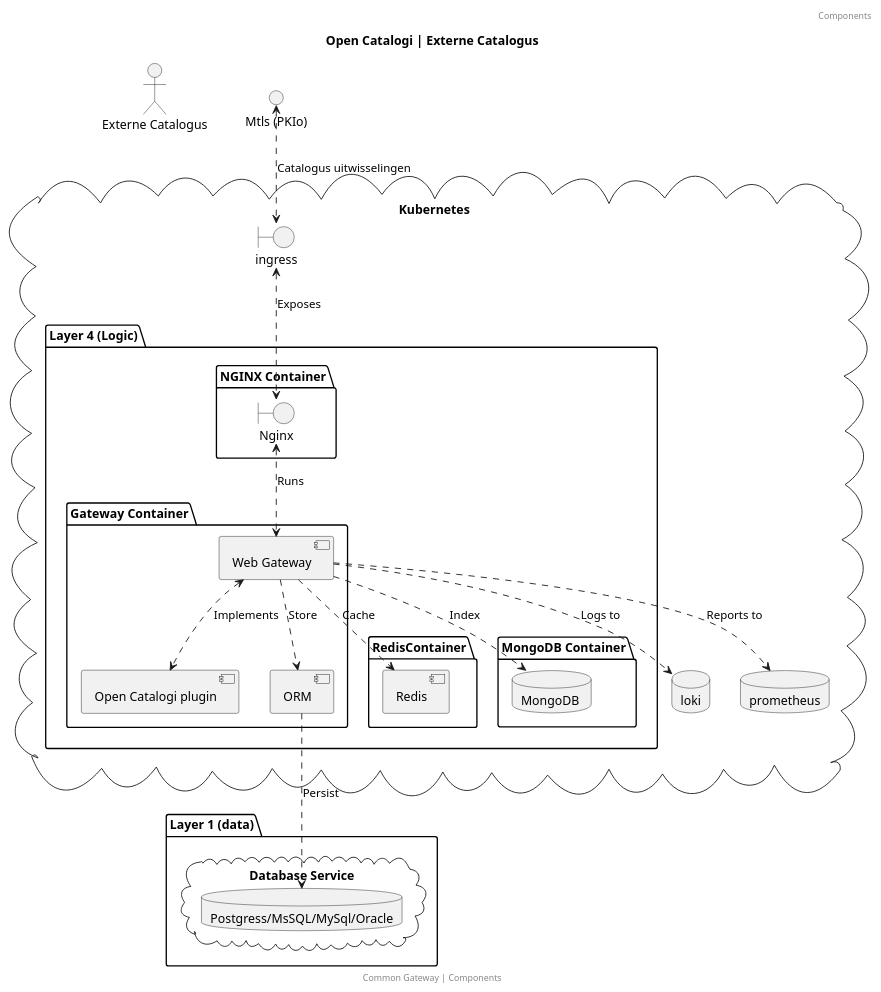
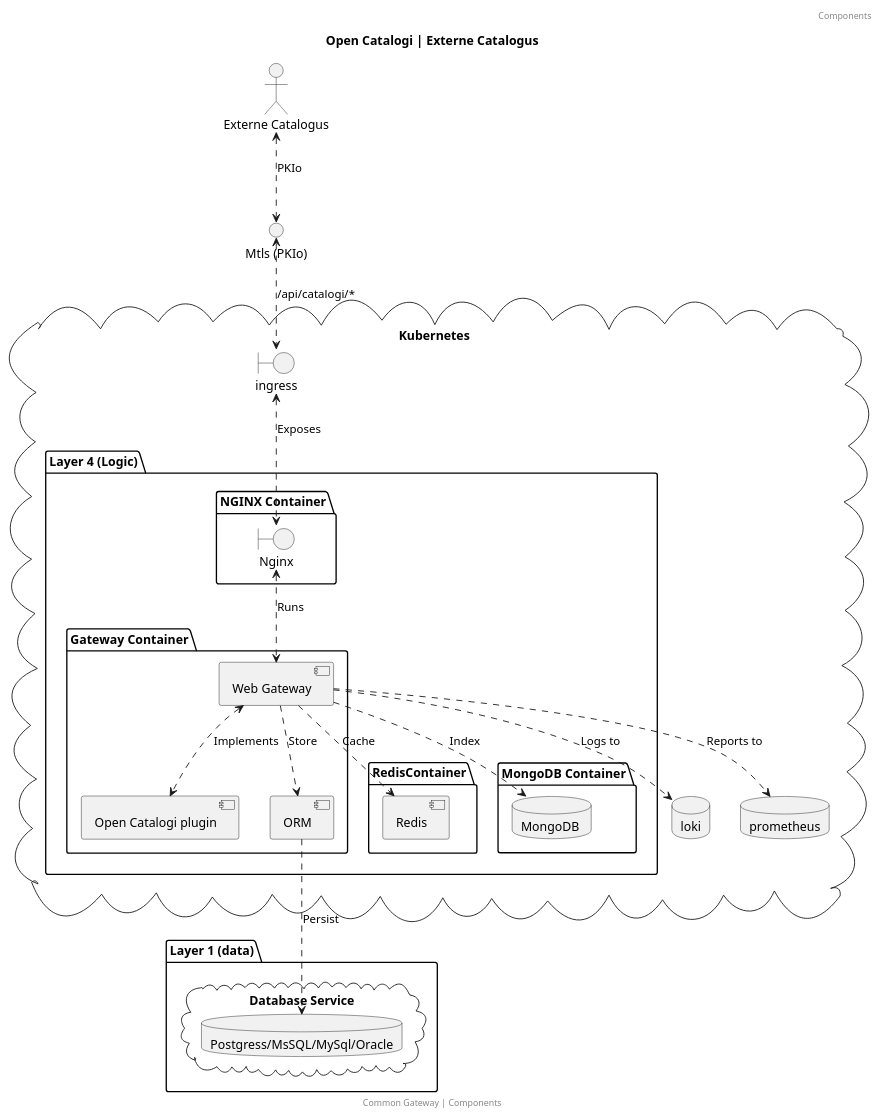
One commit to OpenCatalogi/OpenCatalogiBundle changed the diagram in docs/oc_extern.puml. Above: the diagram before and after it, drawn with PlantUML. The commit also changed 2 other files, not shown here.

```diff
--- a/docs/oc_extern.puml
+++ b/docs/oc_extern.puml
@@ -1,59 +1,60 @@
 @startuml
 title: Open Catalogi | Externe Catalogus
 footer: Common Gateway | Components
 header: Components
 
 actor "Externe Catalogus" as externalCatalouge
 interface "Mtls (PKIo)" as hipp
 
 
 
 
 cloud "Kubernetes"{
 
 boundary "ingress" as ingress
 database loki
 database prometheus
 
 
 
 package "Layer 4 (Logic)" {
 package "NGINX Container" {
  boundary "Nginx" as Nginx
 }
 
 package "Gateway Container" {
  [Open Catalogi plugin] as Plugins
  [Web Gateway] as Gateway
  [ORM] as ORM
 }
 
 package "RedisContainer" {
  [Redis] as Redis
 }
 
 
 package "MongoDB Container" {
  database  "MongoDB " as MognoDB
 }
 }
 
 }
 
 package "Layer 1 (data)" {
 cloud "Database Service"{
  database  "Postgress/MsSQL/MySql/Oracle" as db
 }
 }
 
-hipp <..> ingress: Catalogus uitwisselingen
+externalCatalouge <..> hipp: PKIo
+hipp <..> ingress: /api/catalogi/*
 ingress <..> Nginx: Exposes
 Nginx  <..> Gateway: Runs
 Gateway <..> Plugins: Implements
 Gateway ..> loki: Logs to
 Gateway ..> prometheus: Reports to
 Gateway ..> MognoDB: Index
 Gateway ..> Redis: Cache
 Gateway ..> ORM: Store
 ORM  ..> db: Persist
 @enduml
```
